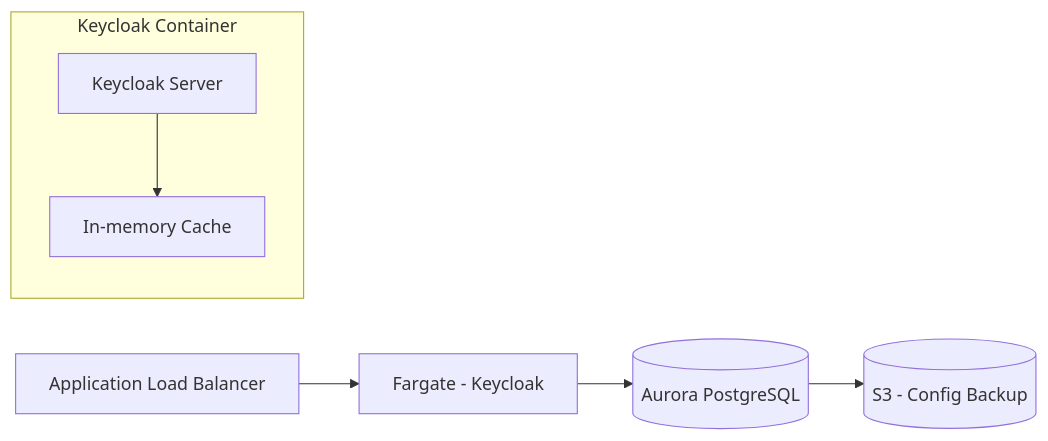
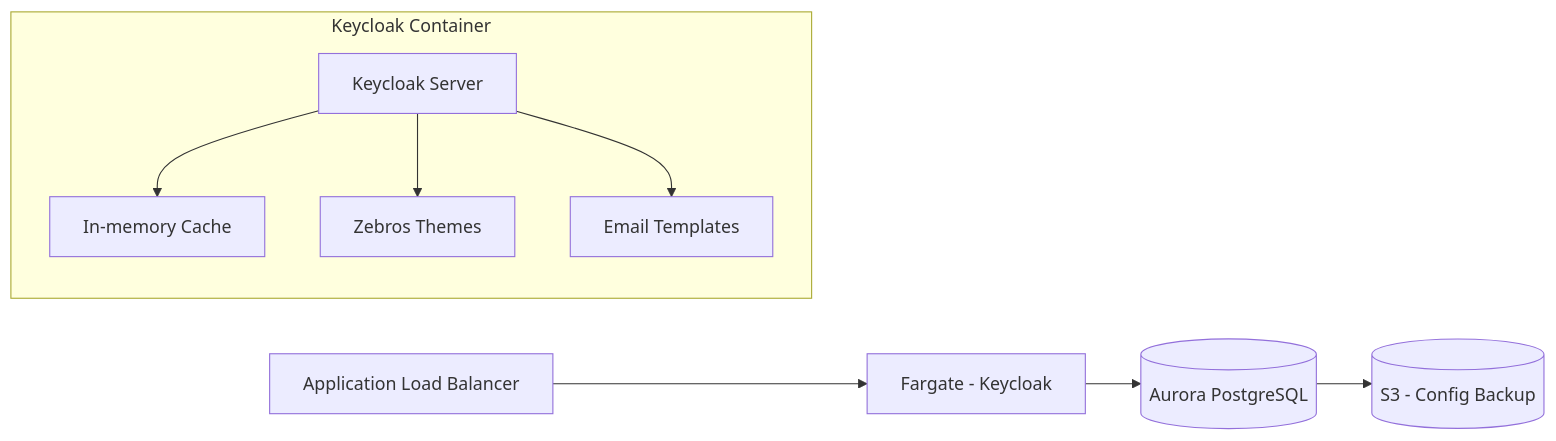
The third of 4 diagrams in architecture/auth.md (philkunz/fargate), drawn with Mermaid before and after one commit. The commit also changed other lines of this file and 11 other files, not shown here.

Commit message:
feat(documentation): Revamp Zebros CRM serverless architecture documentation with updated diagrams, expanded API, authentication, long-running tasks, data storage, and scaling details

````diff
--- a/architecture/auth.md
+++ b/architecture/auth.md
@@ -41,11 +98,13 @@
 ```mermaid
 flowchart LR
     ELB[Application Load Balancer] --> Fargate[Fargate - Keycloak]
     Fargate --> Aurora[(Aurora PostgreSQL)]
     
     subgraph "Keycloak Container"
         KC[Keycloak Server] --> Cache[In-memory Cache]
+        KC --> Themes[Zebros Themes]
+        KC --> EmailTemplates[Email Templates]
     end
     
     Aurora --> S3[(S3 - Config Backup)]
 ```
````
